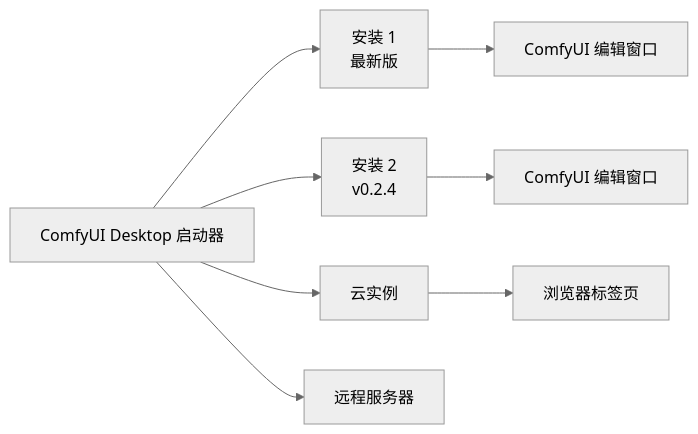
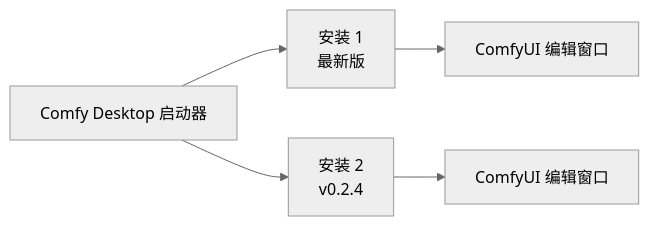
Before and after one commit to Comfy-Org/docs: the diagram in zh/installation/desktop/overview.mdx, drawn with Mermaid (neutral theme). The commit also changed other lines of this file and 20 other files, not shown here.

Commit message:
Align Desktop docs with actual repo: fix brand name (ComfyUI Desktop → Comfy Desktop), download link, data paths, feature cards, GPU reqs; remove non-existent features (model downloads, cloud/remote installs)

````diff
--- a/zh/installation/desktop/overview.mdx
+++ b/zh/installation/desktop/overview.mdx
@@ -40,10 +42,7 @@
 ```mermaid
 flowchart LR
-    A[ComfyUI Desktop 启动器] --> B[安装 1<br/>最新版]
+    A[Comfy Desktop 启动器] --> B[安装 1<br/>最新版]
     A --> C[安装 2<br/>v0.2.4]
-    A --> D[云实例]
-    A --> E[远程服务器]
     B --> F[ComfyUI 编辑窗口]
     C --> G[ComfyUI 编辑窗口]
-    D --> H[浏览器标签页]
 ```
````
